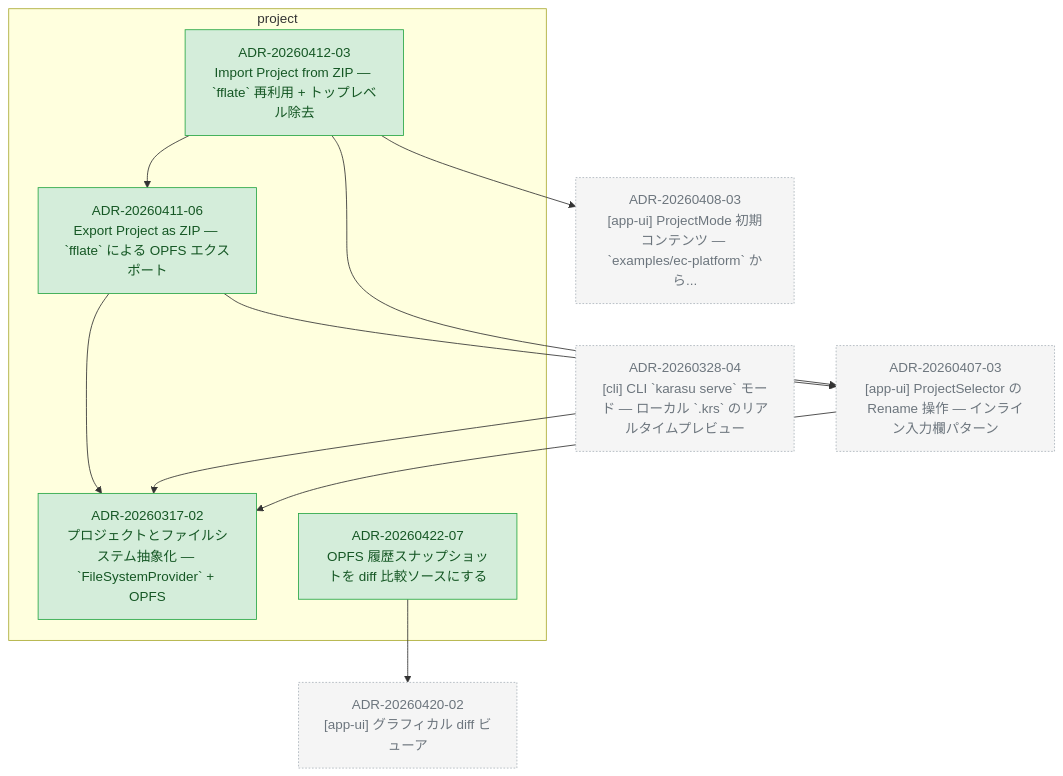
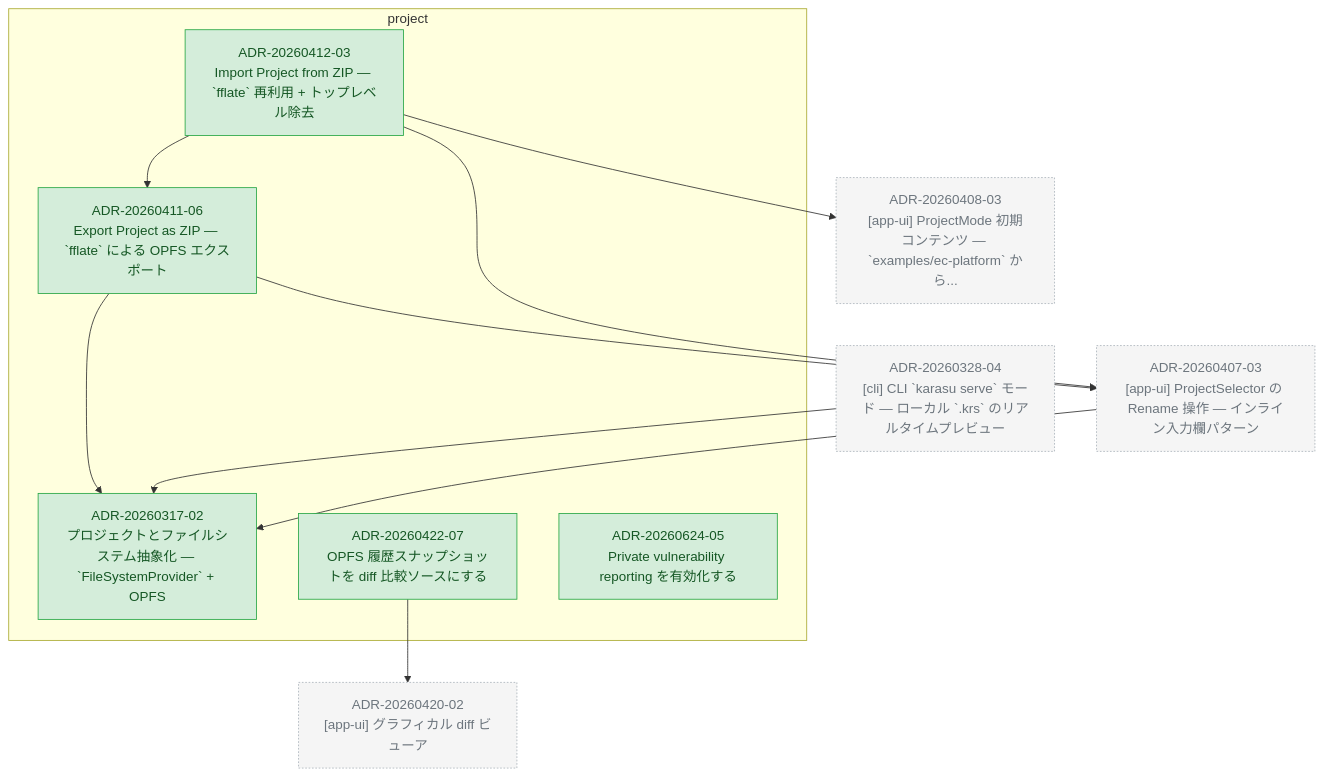
One commit to kompiro/karasu changed the diagram in docs/adr/graph/project.md. Above: the diagram before and after it, drawn with Mermaid. The commit also changed other lines of this file and 3 other files, not shown here.

First line of the commit message:
docs(adr): record enabling private vulnerability reporting (ADR-20260624-05)

````diff
--- a/docs/adr/graph/project.md
+++ b/docs/adr/graph/project.md
@@ -6,36 +6,38 @@
 ```mermaid
 flowchart TD
   subgraph project["project"]
     ADR_20260317_02["ADR-20260317-02<br/>プロジェクトとファイルシステム抽象化 — `FileSystemProvider` + OPFS"]
     ADR_20260411_06["ADR-20260411-06<br/>Export Project as ZIP — `fflate` による OPFS エクスポート"]
     ADR_20260412_03["ADR-20260412-03<br/>Import Project from ZIP — `fflate` 再利用 + トップレベル除去"]
     ADR_20260422_07["ADR-20260422-07<br/>OPFS 履歴スナップショットを diff 比較ソースにする"]
+    ADR_20260624_05["ADR-20260624-05<br/>Private vulnerability reporting を有効化する"]
   end
   ADR_20260328_04["ADR-20260328-04<br/>[cli] CLI `karasu serve` モード — ローカル `.krs` のリアルタイムプレビュー"]
   ADR_20260407_03["ADR-20260407-03<br/>[app-ui] ProjectSelector の Rename 操作 — インライン入力欄パターン"]
   ADR_20260408_03["ADR-20260408-03<br/>[app-ui] ProjectMode 初期コンテンツ — `examples/ec-platform` から..."]
   ADR_20260420_02["ADR-20260420-02<br/>[app-ui] グラフィカル diff ビューア"]
   ADR_20260411_06 --> ADR_20260317_02
   ADR_20260411_06 --> ADR_20260407_03
   ADR_20260412_03 --> ADR_20260407_03
   ADR_20260412_03 --> ADR_20260408_03
   ADR_20260412_03 --> ADR_20260411_06
   ADR_20260422_07 --> ADR_20260420_02
   ADR_20260328_04 --> ADR_20260317_02
   ADR_20260407_03 --> ADR_20260317_02
 
   classDef accepted fill:#d4edda,stroke:#28a745,color:#155724
   classDef proposed fill:#fff3cd,stroke:#ffc107,color:#856404
   classDef deprecated fill:#f8d7da,stroke:#dc3545,color:#721c24
   classDef superseded fill:#e2e3e5,stroke:#6c757d,color:#383d41
   classDef not_adopted fill:#e2e3e5,stroke:#6c757d,color:#383d41,stroke-dasharray:3 3
   classDef ghost fill:#f5f5f5,stroke:#adb5bd,color:#6c757d,stroke-dasharray:2 2
   class ADR_20260317_02 accepted
   class ADR_20260411_06 accepted
   class ADR_20260412_03 accepted
   class ADR_20260422_07 accepted
+  class ADR_20260624_05 accepted
   class ADR_20260328_04 ghost
   class ADR_20260407_03 ghost
   class ADR_20260408_03 ghost
   class ADR_20260420_02 ghost
 ```
````
